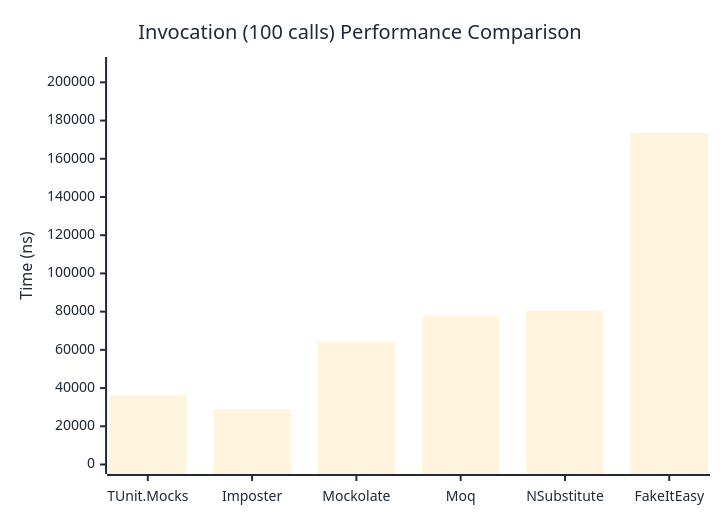
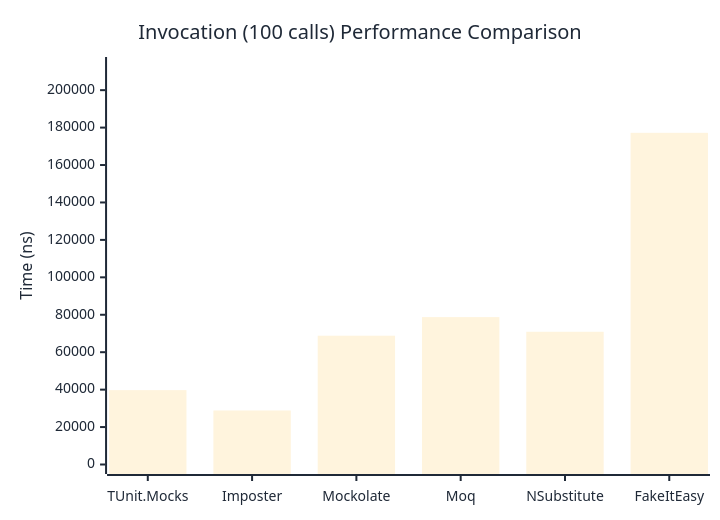
One commit to thomhurst/TUnit changed the third of 3 diagrams in docs/docs/benchmarks/mocks/Invocation.md. Above: the diagram before and after it, drawn with Mermaid. The commit also changed other lines of this file and 14 other files, not shown here.

````diff
--- a/docs/docs/benchmarks/mocks/Invocation.md
+++ b/docs/docs/benchmarks/mocks/Invocation.md
@@ -110,27 +110,27 @@
 ```mermaid
 %%{init: {
   'theme':'base',
   'themeVariables': {
     'primaryColor': '#2563eb',
     'primaryTextColor': '#1f2937',
     'primaryBorderColor': '#1e40af',
     'lineColor': '#6b7280',
     'secondaryColor': '#7c3aed',
     'tertiaryColor': '#dc2626',
     'background': '#ffffff',
     'pie1': '#2563eb',
     'pie2': '#7c3aed',
     'pie3': '#dc2626',
     'pie4': '#f59e0b',
     'pie5': '#10b981',
     'pie6': '#06b6d4',
     'pie7': '#ec4899',
     'pie8': '#6366f1'
   }
 }}%%
 xychart-beta
   title "Invocation (100 calls) Performance Comparison"
   x-axis ["TUnit.Mocks", "Imposter", "Mockolate", "Moq", "NSubstitute", "FakeItEasy"]
-  y-axis "Time (ns)" 0 --> 208290
-  bar [36443.1, 28771.9, 64463.7, 78017.1, 80578.8, 173574.7]
+  y-axis "Time (ns)" 0 --> 212641
+  bar [39730.8, 28857.9, 68815.9, 78758.3, 70921.5, 177200.5]
 ```
````
